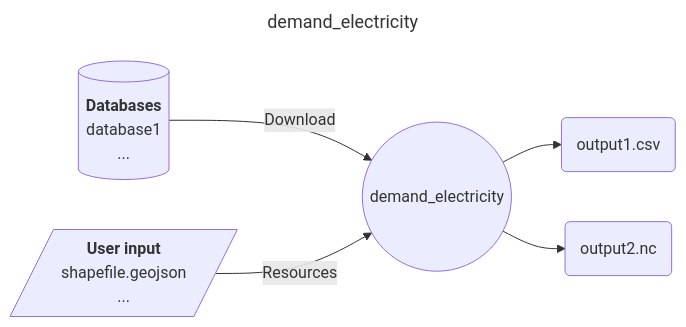
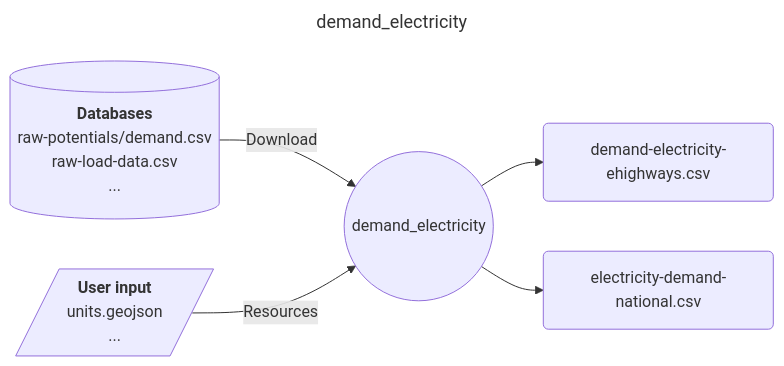
One commit to calliope-project/ec_modules changed the diagram in modules/demand_electricity/README.md. Above: the diagram before and after it, drawn with Mermaid. The commit also changed 1 other file, not shown here.

Commit message:
Update images in README

````diff
--- a/modules/demand_electricity/README.md
+++ b/modules/demand_electricity/README.md
@@ -9,20 +9,21 @@
 ```mermaid
 ---
 title: demand_electricity
 ---
 flowchart LR
     D1[("`**Databases**
-        database1
+        raw-potentials/demand.csv
+        raw-load-data.csv
         ...
     `")] --> |Download| M
     C1[/"`**User input**
-        shapefile.geojson
+        units.geojson
         ...
     `"/] --> |Resources| M((demand_electricity))
     M --> O1("
-        output1.csv
+        demand-electricity-ehighways.csv
         ")
     M --> O2("
-        output2.nc
+        electricity-demand-national.csv
         ")
 ```
````
